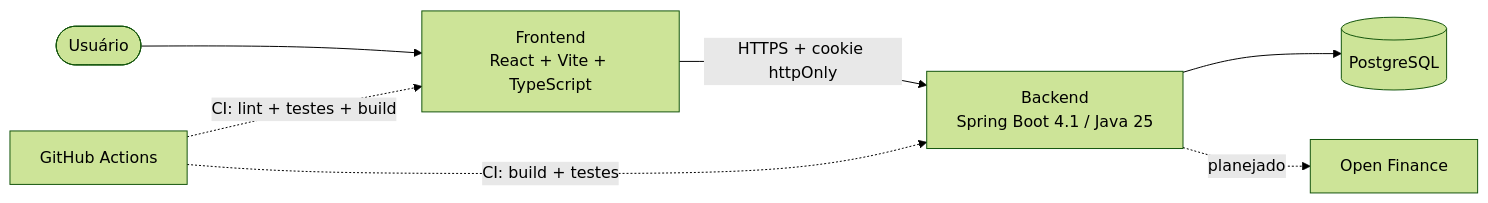
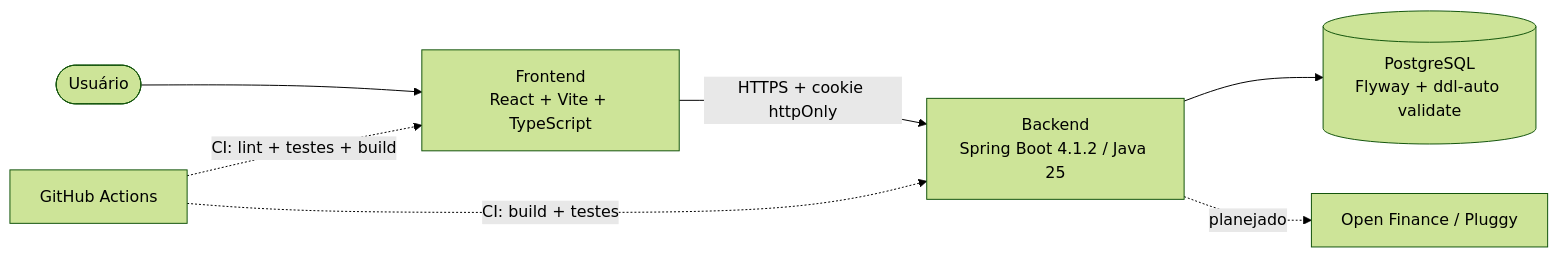
One commit to nomevini/opengrana changed the diagram in docs/architecture/overview.md. Above: the diagram before and after it, drawn with Mermaid (forest theme). The commit also changed other lines of this file and 53 other files, not shown here.

````diff
--- a/docs/architecture/overview.md
+++ b/docs/architecture/overview.md
@@ -5,9 +5,9 @@
 ```mermaid
 flowchart LR
     User([Usuário]) --> SPA["Frontend<br/>React + Vite + TypeScript"]
-    SPA -- "HTTPS + cookie httpOnly" --> API["Backend<br/>Spring Boot 4.1 / Java 25"]
-    API --> DB[(PostgreSQL)]
-    API -. "planejado" .-> OF["Open Finance"]
+    SPA -- "HTTPS + cookie httpOnly" --> API["Backend<br/>Spring Boot 4.1.2 / Java 25"]
+    API --> DB[(PostgreSQL<br/>Flyway + ddl-auto validate)]
+    API -. "planejado" .-> OF["Open Finance / Pluggy"]
     GH["GitHub Actions"] -. "CI: build + testes" .-> API
     GH -. "CI: lint + testes + build" .-> SPA
 ```
````
